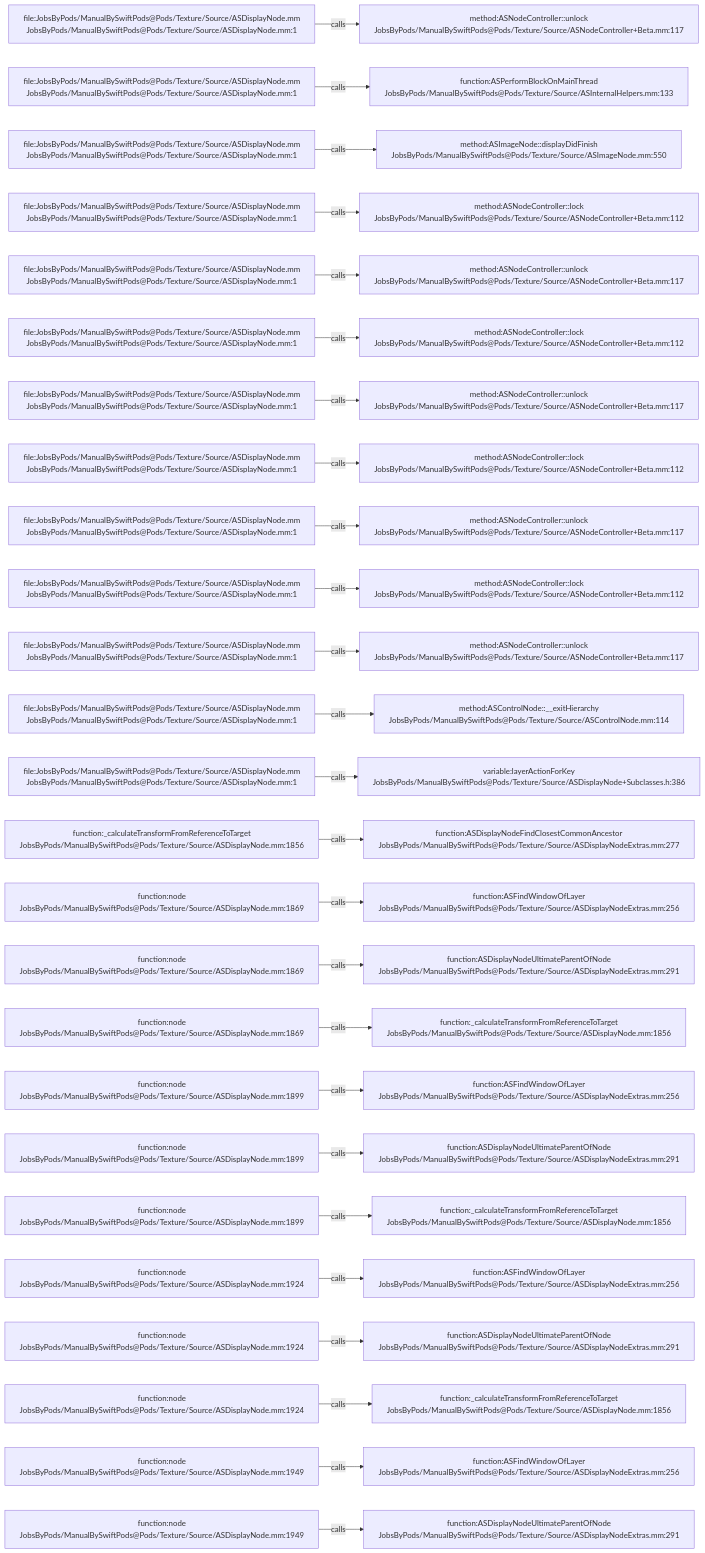
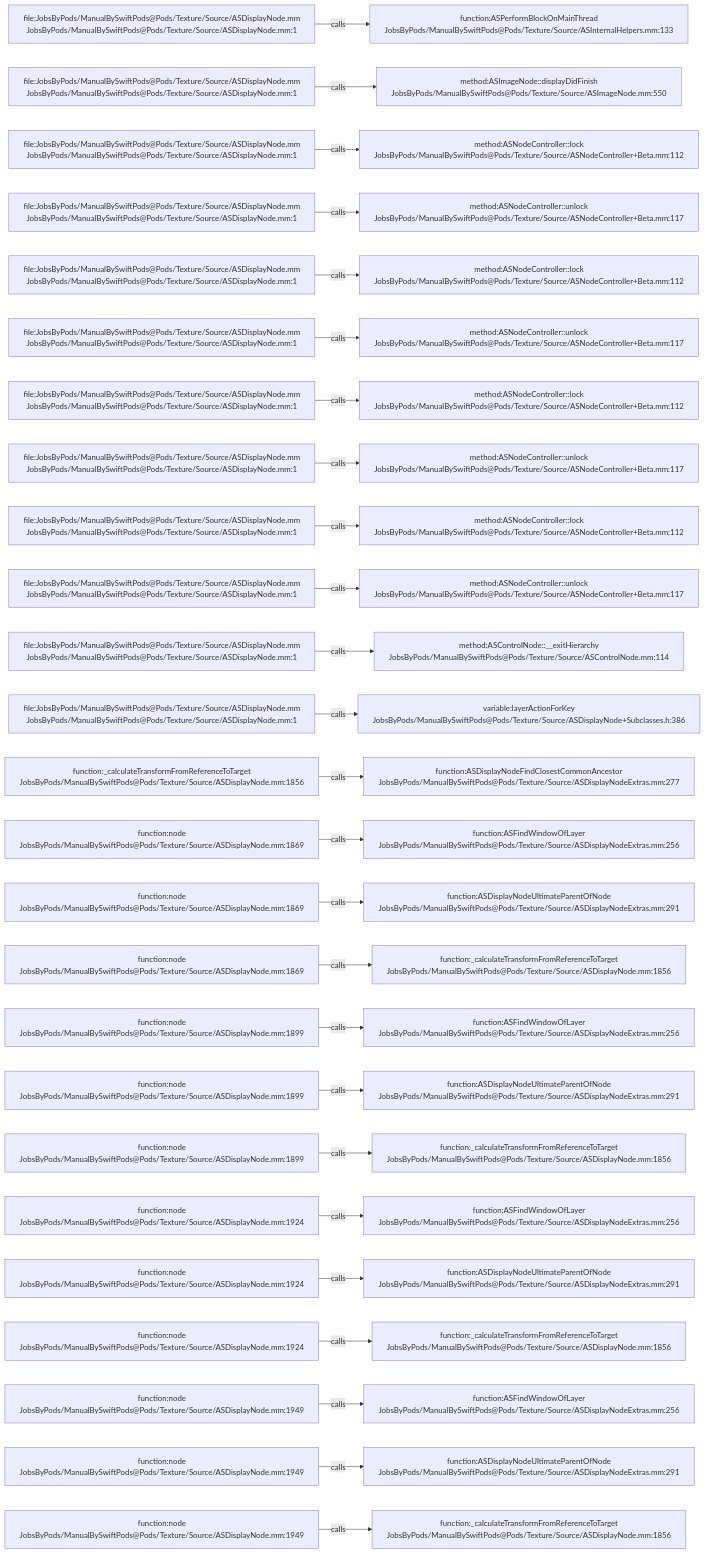
The diagram in .codegraph/codegraph.md/graphs/calls-031.md (JobsKits/JobsSwiftBaseConfigDemo), drawn with Mermaid before and after one commit. The commit also changed 747 other files, not shown here.

````diff
--- a/.codegraph/codegraph.md/graphs/calls-031.md
+++ b/.codegraph/codegraph.md/graphs/calls-031.md
@@ -13,78 +13,78 @@
 ```mermaid
 flowchart LR
   S1["file:JobsByPods/ManualBySwiftPods@Pods/Texture/Source/ASDisplayNode.mm<br/>JobsByPods/ManualBySwiftPods@Pods/Texture/Source/ASDisplayNode.mm:1"]
-  T1["method:ASNodeController::unlock<br/>JobsByPods/ManualBySwiftPods@Pods/Texture/Source/ASNodeController+Beta.mm:117"]
+  T1["function:ASPerformBlockOnMainThread<br/>JobsByPods/ManualBySwiftPods@Pods/Texture/Source/ASInternalHelpers.mm:133"]
   S1 -->|calls| T1
   S2["file:JobsByPods/ManualBySwiftPods@Pods/Texture/Source/ASDisplayNode.mm<br/>JobsByPods/ManualBySwiftPods@Pods/Texture/Source/ASDisplayNode.mm:1"]
-  T2["function:ASPerformBlockOnMainThread<br/>JobsByPods/ManualBySwiftPods@Pods/Texture/Source/ASInternalHelpers.mm:133"]
+  T2["method:ASImageNode::displayDidFinish<br/>JobsByPods/ManualBySwiftPods@Pods/Texture/Source/ASImageNode.mm:550"]
   S2 -->|calls| T2
   S3["file:JobsByPods/ManualBySwiftPods@Pods/Texture/Source/ASDisplayNode.mm<br/>JobsByPods/ManualBySwiftPods@Pods/Texture/Source/ASDisplayNode.mm:1"]
-  T3["method:ASImageNode::displayDidFinish<br/>JobsByPods/ManualBySwiftPods@Pods/Texture/Source/ASImageNode.mm:550"]
+  T3["method:ASNodeController::lock<br/>JobsByPods/ManualBySwiftPods@Pods/Texture/Source/ASNodeController+Beta.mm:112"]
   S3 -->|calls| T3
   S4["file:JobsByPods/ManualBySwiftPods@Pods/Texture/Source/ASDisplayNode.mm<br/>JobsByPods/ManualBySwiftPods@Pods/Texture/Source/ASDisplayNode.mm:1"]
-  T4["method:ASNodeController::lock<br/>JobsByPods/ManualBySwiftPods@Pods/Texture/Source/ASNodeController+Beta.mm:112"]
+  T4["method:ASNodeController::unlock<br/>JobsByPods/ManualBySwiftPods@Pods/Texture/Source/ASNodeController+Beta.mm:117"]
   S4 -->|calls| T4
   S5["file:JobsByPods/ManualBySwiftPods@Pods/Texture/Source/ASDisplayNode.mm<br/>JobsByPods/ManualBySwiftPods@Pods/Texture/Source/ASDisplayNode.mm:1"]
-  T5["method:ASNodeController::unlock<br/>JobsByPods/ManualBySwiftPods@Pods/Texture/Source/ASNodeController+Beta.mm:117"]
+  T5["method:ASNodeController::lock<br/>JobsByPods/ManualBySwiftPods@Pods/Texture/Source/ASNodeController+Beta.mm:112"]
   S5 -->|calls| T5
   S6["file:JobsByPods/ManualBySwiftPods@Pods/Texture/Source/ASDisplayNode.mm<br/>JobsByPods/ManualBySwiftPods@Pods/Texture/Source/ASDisplayNode.mm:1"]
-  T6["method:ASNodeController::lock<br/>JobsByPods/ManualBySwiftPods@Pods/Texture/Source/ASNodeController+Beta.mm:112"]
+  T6["method:ASNodeController::unlock<br/>JobsByPods/ManualBySwiftPods@Pods/Texture/Source/ASNodeController+Beta.mm:117"]
   S6 -->|calls| T6
   S7["file:JobsByPods/ManualBySwiftPods@Pods/Texture/Source/ASDisplayNode.mm<br/>JobsByPods/ManualBySwiftPods@Pods/Texture/Source/ASDisplayNode.mm:1"]
-  T7["method:ASNodeController::unlock<br/>JobsByPods/ManualBySwiftPods@Pods/Texture/Source/ASNodeController+Beta.mm:117"]
+  T7["method:ASNodeController::lock<br/>JobsByPods/ManualBySwiftPods@Pods/Texture/Source/ASNodeController+Beta.mm:112"]
   S7 -->|calls| T7
   S8["file:JobsByPods/ManualBySwiftPods@Pods/Texture/Source/ASDisplayNode.mm<br/>JobsByPods/ManualBySwiftPods@Pods/Texture/Source/ASDisplayNode.mm:1"]
-  T8["method:ASNodeController::lock<br/>JobsByPods/ManualBySwiftPods@Pods/Texture/Source/ASNodeController+Beta.mm:112"]
+  T8["method:ASNodeController::unlock<br/>JobsByPods/ManualBySwiftPods@Pods/Texture/Source/ASNodeController+Beta.mm:117"]
   S8 -->|calls| T8
   S9["file:JobsByPods/ManualBySwiftPods@Pods/Texture/Source/ASDisplayNode.mm<br/>JobsByPods/ManualBySwiftPods@Pods/Texture/Source/ASDisplayNode.mm:1"]
-  T9["method:ASNodeController::unlock<br/>JobsByPods/ManualBySwiftPods@Pods/Texture/Source/ASNodeController+Beta.mm:117"]
+  T9["method:ASNodeController::lock<br/>JobsByPods/ManualBySwiftPods@Pods/Texture/Source/ASNodeController+Beta.mm:112"]
   S9 -->|calls| T9
   S10["file:JobsByPods/ManualBySwiftPods@Pods/Texture/Source/ASDisplayNode.mm<br/>JobsByPods/ManualBySwiftPods@Pods/Texture/Source/ASDisplayNode.mm:1"]
-  T10["method:ASNodeController::lock<br/>JobsByPods/ManualBySwiftPods@Pods/Texture/Source/ASNodeController+Beta.mm:112"]
+  T10["method:ASNodeController::unlock<br/>JobsByPods/ManualBySwiftPods@Pods/Texture/Source/ASNodeController+Beta.mm:117"]
   S10 -->|calls| T10
   S11["file:JobsByPods/ManualBySwiftPods@Pods/Texture/Source/ASDisplayNode.mm<br/>JobsByPods/ManualBySwiftPods@Pods/Texture/Source/ASDisplayNode.mm:1"]
-  T11["method:ASNodeController::unlock<br/>JobsByPods/ManualBySwiftPods@Pods/Texture/Source/ASNodeController+Beta.mm:117"]
+  T11["method:ASControlNode::__exitHierarchy<br/>JobsByPods/ManualBySwiftPods@Pods/Texture/Source/ASControlNode.mm:114"]
   S11 -->|calls| T11
   S12["file:JobsByPods/ManualBySwiftPods@Pods/Texture/Source/ASDisplayNode.mm<br/>JobsByPods/ManualBySwiftPods@Pods/Texture/Source/ASDisplayNode.mm:1"]
-  T12["method:ASControlNode::__exitHierarchy<br/>JobsByPods/ManualBySwiftPods@Pods/Texture/Source/ASControlNode.mm:114"]
+  T12["variable:layerActionForKey<br/>JobsByPods/ManualBySwiftPods@Pods/Texture/Source/ASDisplayNode+Subclasses.h:386"]
   S12 -->|calls| T12
-  S13["file:JobsByPods/ManualBySwiftPods@Pods/Texture/Source/ASDisplayNode.mm<br/>JobsByPods/ManualBySwiftPods@Pods/Texture/Source/ASDisplayNode.mm:1"]
-  T13["variable:layerActionForKey<br/>JobsByPods/ManualBySwiftPods@Pods/Texture/Source/ASDisplayNode+Subclasses.h:386"]
+  S13["function:_calculateTransformFromReferenceToTarget<br/>JobsByPods/ManualBySwiftPods@Pods/Texture/Source/ASDisplayNode.mm:1856"]
+  T13["function:ASDisplayNodeFindClosestCommonAncestor<br/>JobsByPods/ManualBySwiftPods@Pods/Texture/Source/ASDisplayNodeExtras.mm:277"]
   S13 -->|calls| T13
-  S14["function:_calculateTransformFromReferenceToTarget<br/>JobsByPods/ManualBySwiftPods@Pods/Texture/Source/ASDisplayNode.mm:1856"]
-  T14["function:ASDisplayNodeFindClosestCommonAncestor<br/>JobsByPods/ManualBySwiftPods@Pods/Texture/Source/ASDisplayNodeExtras.mm:277"]
+  S14["function:node<br/>JobsByPods/ManualBySwiftPods@Pods/Texture/Source/ASDisplayNode.mm:1869"]
+  T14["function:ASFindWindowOfLayer<br/>JobsByPods/ManualBySwiftPods@Pods/Texture/Source/ASDisplayNodeExtras.mm:256"]
   S14 -->|calls| T14
   S15["function:node<br/>JobsByPods/ManualBySwiftPods@Pods/Texture/Source/ASDisplayNode.mm:1869"]
-  T15["function:ASFindWindowOfLayer<br/>JobsByPods/ManualBySwiftPods@Pods/Texture/Source/ASDisplayNodeExtras.mm:256"]
+  T15["function:ASDisplayNodeUltimateParentOfNode<br/>JobsByPods/ManualBySwiftPods@Pods/Texture/Source/ASDisplayNodeExtras.mm:291"]
   S15 -->|calls| T15
   S16["function:node<br/>JobsByPods/ManualBySwiftPods@Pods/Texture/Source/ASDisplayNode.mm:1869"]
-  T16["function:ASDisplayNodeUltimateParentOfNode<br/>JobsByPods/ManualBySwiftPods@Pods/Texture/Source/ASDisplayNodeExtras.mm:291"]
+  T16["function:_calculateTransformFromReferenceToTarget<br/>JobsByPods/ManualBySwiftPods@Pods/Texture/Source/ASDisplayNode.mm:1856"]
   S16 -->|calls| T16
-  S17["function:node<br/>JobsByPods/ManualBySwiftPods@Pods/Texture/Source/ASDisplayNode.mm:1869"]
-  T17["function:_calculateTransformFromReferenceToTarget<br/>JobsByPods/ManualBySwiftPods@Pods/Texture/Source/ASDisplayNode.mm:1856"]
+  S17["function:node<br/>JobsByPods/ManualBySwiftPods@Pods/Texture/Source/ASDisplayNode.mm:1899"]
+  T17["function:ASFindWindowOfLayer<br/>JobsByPods/ManualBySwiftPods@Pods/Texture/Source/ASDisplayNodeExtras.mm:256"]
   S17 -->|calls| T17
   S18["function:node<br/>JobsByPods/ManualBySwiftPods@Pods/Texture/Source/ASDisplayNode.mm:1899"]
-  T18["function:ASFindWindowOfLayer<br/>JobsByPods/ManualBySwiftPods@Pods/Texture/Source/ASDisplayNodeExtras.mm:256"]
+  T18["function:ASDisplayNodeUltimateParentOfNode<br/>JobsByPods/ManualBySwiftPods@Pods/Texture/Source/ASDisplayNodeExtras.mm:291"]
   S18 -->|calls| T18
   S19["function:node<br/>JobsByPods/ManualBySwiftPods@Pods/Texture/Source/ASDisplayNode.mm:1899"]
-  T19["function:ASDisplayNodeUltimateParentOfNode<br/>JobsByPods/ManualBySwiftPods@Pods/Texture/Source/ASDisplayNodeExtras.mm:291"]
+  T19["function:_calculateTransformFromReferenceToTarget<br/>JobsByPods/ManualBySwiftPods@Pods/Texture/Source/ASDisplayNode.mm:1856"]
   S19 -->|calls| T19
-  S20["function:node<br/>JobsByPods/ManualBySwiftPods@Pods/Texture/Source/ASDisplayNode.mm:1899"]
-  T20["function:_calculateTransformFromReferenceToTarget<br/>JobsByPods/ManualBySwiftPods@Pods/Texture/Source/ASDisplayNode.mm:1856"]
+  S20["function:node<br/>JobsByPods/ManualBySwiftPods@Pods/Texture/Source/ASDisplayNode.mm:1924"]
+  T20["function:ASFindWindowOfLayer<br/>JobsByPods/ManualBySwiftPods@Pods/Texture/Source/ASDisplayNodeExtras.mm:256"]
   S20 -->|calls| T20
   S21["function:node<br/>JobsByPods/ManualBySwiftPods@Pods/Texture/Source/ASDisplayNode.mm:1924"]
-  T21["function:ASFindWindowOfLayer<br/>JobsByPods/ManualBySwiftPods@Pods/Texture/Source/ASDisplayNodeExtras.mm:256"]
+  T21["function:ASDisplayNodeUltimateParentOfNode<br/>JobsByPods/ManualBySwiftPods@Pods/Texture/Source/ASDisplayNodeExtras.mm:291"]
   S21 -->|calls| T21
   S22["function:node<br/>JobsByPods/ManualBySwiftPods@Pods/Texture/Source/ASDisplayNode.mm:1924"]
-  T22["function:ASDisplayNodeUltimateParentOfNode<br/>JobsByPods/ManualBySwiftPods@Pods/Texture/Source/ASDisplayNodeExtras.mm:291"]
+  T22["function:_calculateTransformFromReferenceToTarget<br/>JobsByPods/ManualBySwiftPods@Pods/Texture/Source/ASDisplayNode.mm:1856"]
   S22 -->|calls| T22
-  S23["function:node<br/>JobsByPods/ManualBySwiftPods@Pods/Texture/Source/ASDisplayNode.mm:1924"]
-  T23["function:_calculateTransformFromReferenceToTarget<br/>JobsByPods/ManualBySwiftPods@Pods/Texture/Source/ASDisplayNode.mm:1856"]
+  S23["function:node<br/>JobsByPods/ManualBySwiftPods@Pods/Texture/Source/ASDisplayNode.mm:1949"]
+  T23["function:ASFindWindowOfLayer<br/>JobsByPods/ManualBySwiftPods@Pods/Texture/Source/ASDisplayNodeExtras.mm:256"]
   S23 -->|calls| T23
   S24["function:node<br/>JobsByPods/ManualBySwiftPods@Pods/Texture/Source/ASDisplayNode.mm:1949"]
-  T24["function:ASFindWindowOfLayer<br/>JobsByPods/ManualBySwiftPods@Pods/Texture/Source/ASDisplayNodeExtras.mm:256"]
+  T24["function:ASDisplayNodeUltimateParentOfNode<br/>JobsByPods/ManualBySwiftPods@Pods/Texture/Source/ASDisplayNodeExtras.mm:291"]
   S24 -->|calls| T24
   S25["function:node<br/>JobsByPods/ManualBySwiftPods@Pods/Texture/Source/ASDisplayNode.mm:1949"]
-  T25["function:ASDisplayNodeUltimateParentOfNode<br/>JobsByPods/ManualBySwiftPods@Pods/Texture/Source/ASDisplayNodeExtras.mm:291"]
+  T25["function:_calculateTransformFromReferenceToTarget<br/>JobsByPods/ManualBySwiftPods@Pods/Texture/Source/ASDisplayNode.mm:1856"]
   S25 -->|calls| T25
 ```
````
